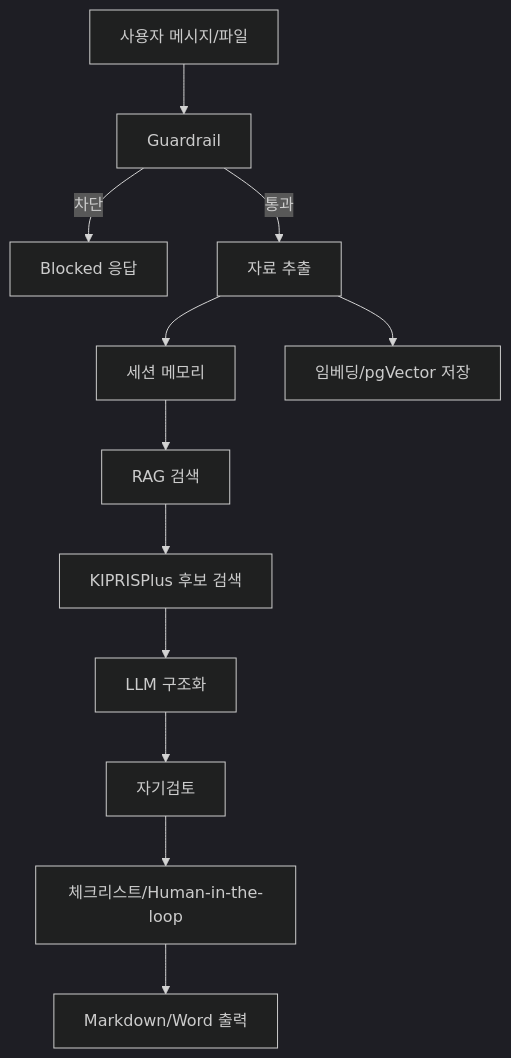
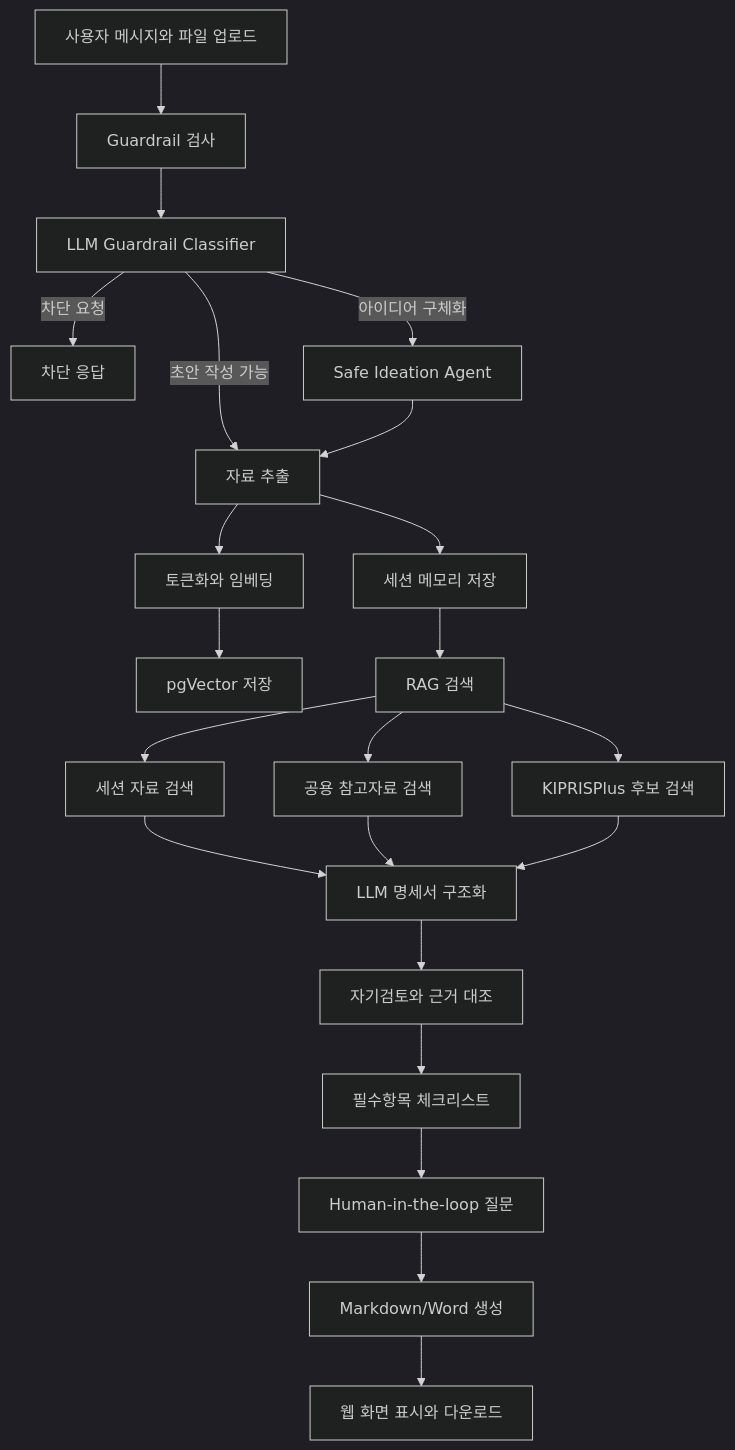
One commit to kkw047/spec-agent changed the diagram in docs/AGENT_FLOW.md. Above: the diagram before and after it, drawn with Mermaid (dark theme). The commit also changed other lines of this file and 1 other file, not shown here.

Commit message:
Polish shared README and agent flow docs

````diff
--- a/docs/AGENT_FLOW.md
+++ b/docs/AGENT_FLOW.md
@@ -9,14 +9,24 @@
 ```mermaid
 flowchart TD
-  A["사용자 메시지/파일"] --> B["Guardrail"]
-  B -->|차단| C["Blocked 응답"]
-  B -->|통과| D["자료 추출"]
-  D --> E["세션 메모리"]
-  D --> F["임베딩/pgVector 저장"]
-  E --> G["RAG 검색"]
-  G --> H["KIPRISPlus 후보 검색"]
-  H --> I["LLM 구조화"]
-  I --> J["자기검토"]
-  J --> K["체크리스트/Human-in-the-loop"]
-  K --> L["Markdown/Word 출력"]
+  A["사용자 메시지와 파일 업로드"] --> B["Guardrail 검사"]
+  B --> B1["LLM Guardrail Classifier"]
+  B1 -->|차단 요청| C["차단 응답"]
+  B1 -->|아이디어 구체화| D["Safe Ideation Agent"]
+  B1 -->|초안 작성 가능| E["자료 추출"]
+  D --> E
+  E --> F["세션 메모리 저장"]
+  E --> G["토큰화와 임베딩"]
+  G --> H["pgVector 저장"]
+  F --> I["RAG 검색"]
+  I --> J["세션 자료 검색"]
+  I --> K["공용 참고자료 검색"]
+  I --> L["KIPRISPlus 후보 검색"]
+  J --> M["LLM 명세서 구조화"]
+  K --> M
+  L --> M
+  M --> N["자기검토와 근거 대조"]
+  N --> O["필수항목 체크리스트"]
+  O --> P["Human-in-the-loop 질문"]
+  P --> Q["Markdown/Word 생성"]
+  Q --> R["웹 화면 표시와 다운로드"]
 ```
````
